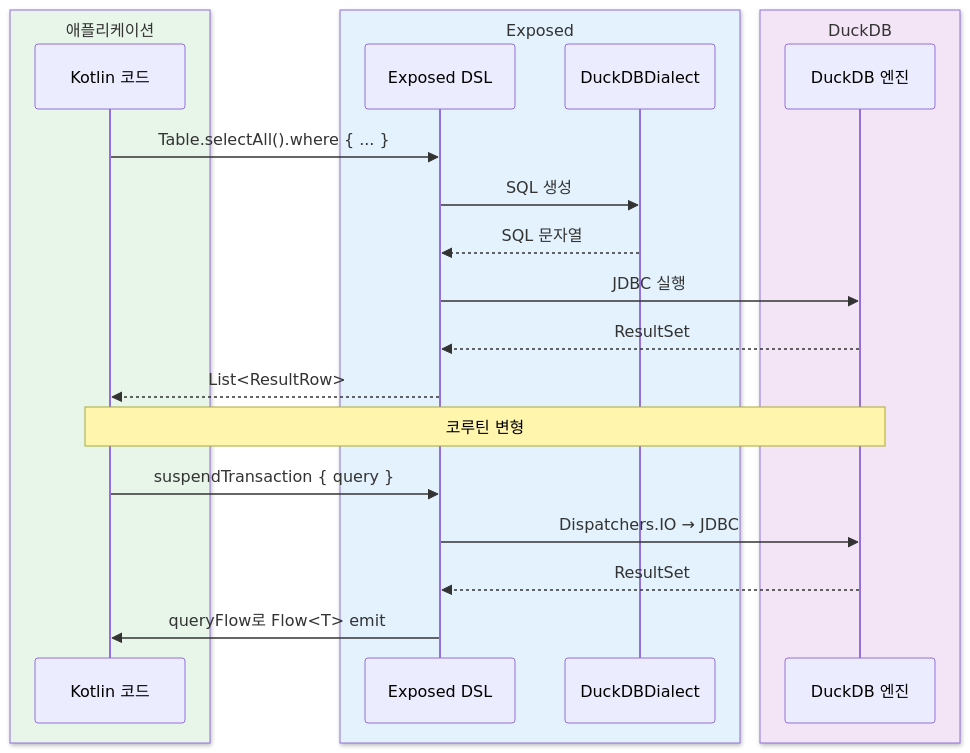
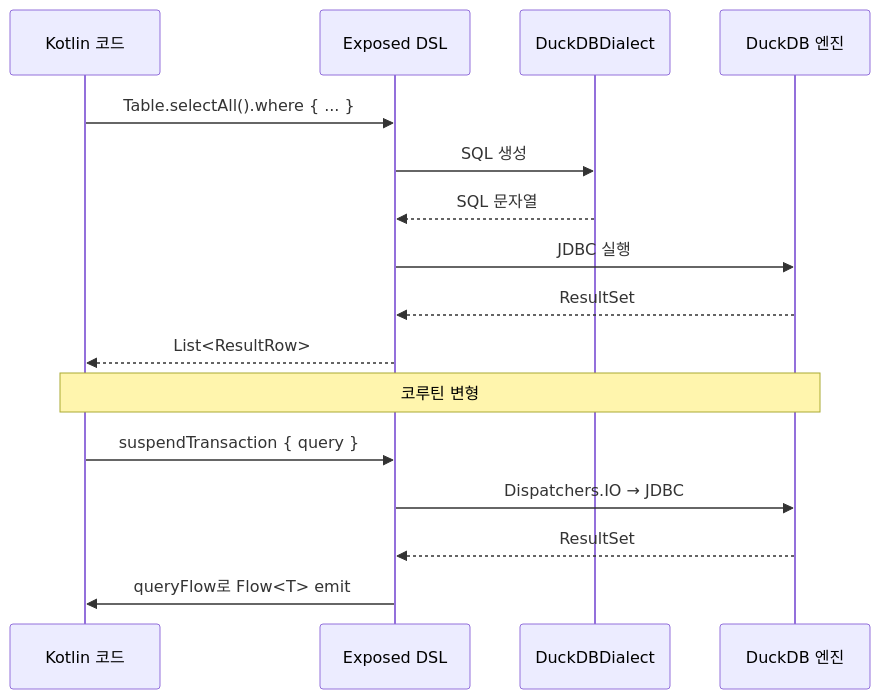
Before and after one commit to bluetape4k/bluetape4k-projects: the second of 2 diagrams in data/exposed-duckdb/README.ko.md, drawn with Mermaid. The commit also changed other lines of this file and 219 other files, not shown here.

First line of the commit message:
docs: 전체 README Mermaid 다이어그램 가이드 적용

````diff
--- a/data/exposed-duckdb/README.ko.md
+++ b/data/exposed-duckdb/README.ko.md
@@ -138,26 +138,20 @@
 ```mermaid
 sequenceDiagram
-    box rgb(232,245,233) 애플리케이션
         participant App as Kotlin 코드
-    end
-    box rgb(227,242,253) Exposed
         participant DSL as Exposed DSL
         participant DIA as DuckDBDialect
-    end
-    box rgb(243,229,245) DuckDB
         participant DB as DuckDB 엔진
-    end
 
     App->>DSL: Table.selectAll().where { ... }
     DSL->>DIA: SQL 생성
     DIA-->>DSL: SQL 문자열
     DSL->>DB: JDBC 실행
     DB-->>DSL: ResultSet
     DSL-->>App: List<ResultRow>
 
     Note over App,DB: 코루틴 변형
     App->>DSL: suspendTransaction { query }
     DSL->>DB: Dispatchers.IO → JDBC
     DB-->>DSL: ResultSet
     DSL->>App: queryFlow로 Flow<T> emit
 ```
````
